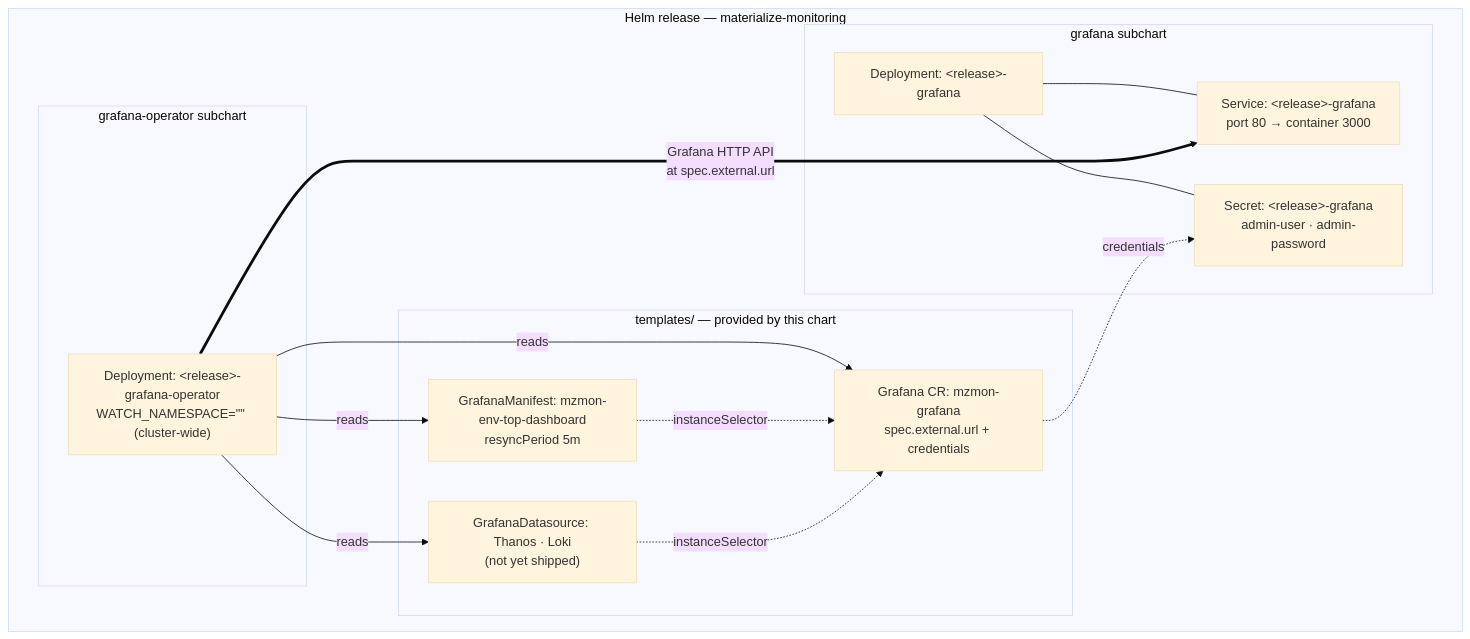
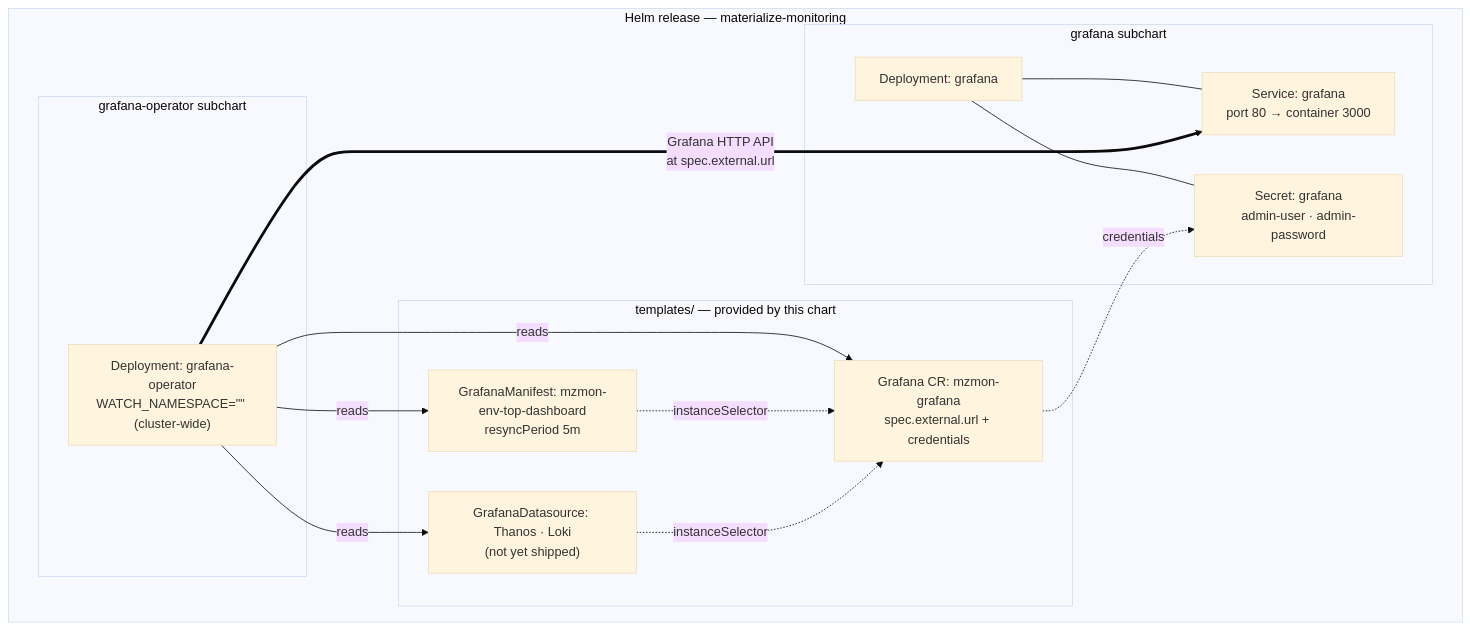
Before and after one commit to MaterializeInc/materialize-monitoring: the diagram in docs/content/dashboards/grafana/structure.md, drawn with Mermaid (base theme). The commit also changed other lines of this file and 9 other files, not shown here.

````diff
--- a/docs/content/dashboards/grafana/structure.md
+++ b/docs/content/dashboards/grafana/structure.md
@@ -109,30 +112,30 @@
 ```mermaid
 flowchart TB
   subgraph release["Helm release — materialize-monitoring"]
     subgraph chart_grafana["grafana subchart"]
-      gdep["Deployment: &lt;release&gt;-grafana"]
-      gsvc["Service: &lt;release&gt;-grafana<br/>port 80 → container 3000"]
-      gsec["Secret: &lt;release&gt;-grafana<br/>admin-user · admin-password"]
+      gdep["Deployment: grafana"]
+      gsvc["Service: grafana<br/>port 80 → container 3000"]
+      gsec["Secret: grafana<br/>admin-user · admin-password"]
       gdep --- gsvc
       gdep --- gsec
     end
 
     subgraph chart_op["grafana-operator subchart"]
-      opdep["Deployment: &lt;release&gt;-grafana-operator<br/>WATCH_NAMESPACE=&quot;&quot; (cluster-wide)"]
+      opdep["Deployment: grafana-operator<br/>WATCH_NAMESPACE=&quot;&quot; (cluster-wide)"]
     end
 
     subgraph provided["templates/ — provided by this chart"]
       gcr["Grafana CR: mzmon-grafana<br/>spec.external.url + credentials"]
       gman["GrafanaManifest: mzmon-env-top-dashboard<br/>resyncPeriod 5m"]
       gds["GrafanaDatasource: Thanos · Loki<br/>(not yet shipped)"]
     end
   end
 
   opdep -->|"reads"| gcr
   opdep -->|"reads"| gman
   opdep -->|"reads"| gds
   gman -.->|"instanceSelector"| gcr
   gds -.->|"instanceSelector"| gcr
   opdep ==>|"Grafana HTTP API<br/>at spec.external.url"| gsvc
   gcr -.->|"credentials"| gsec
 ```
````
